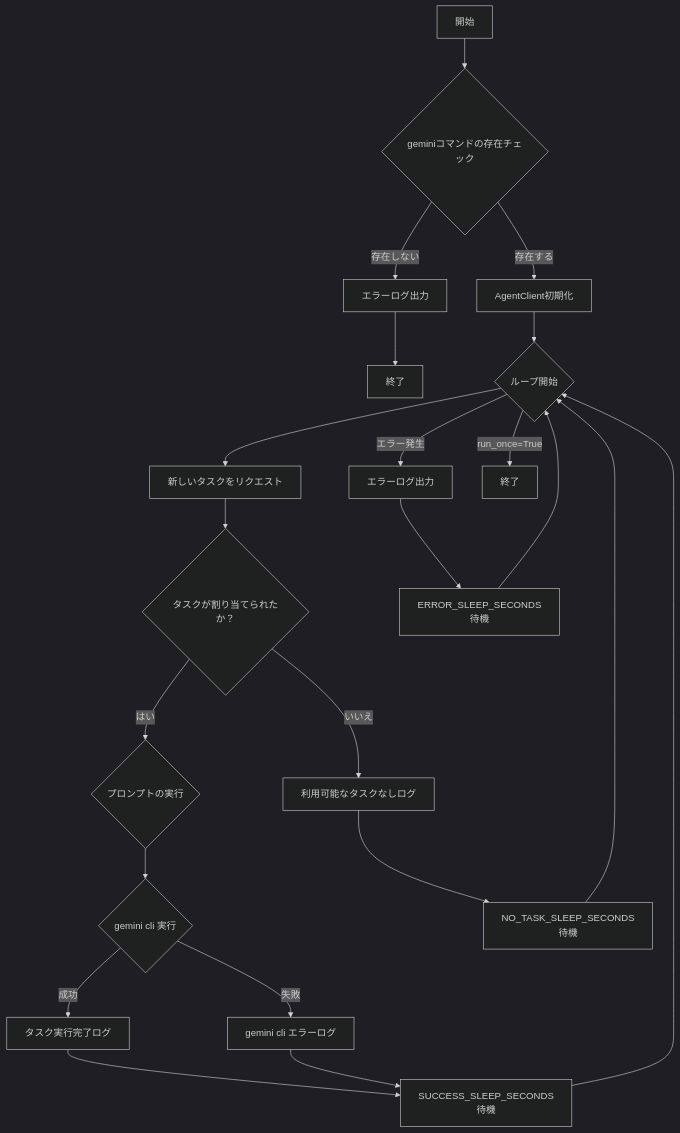
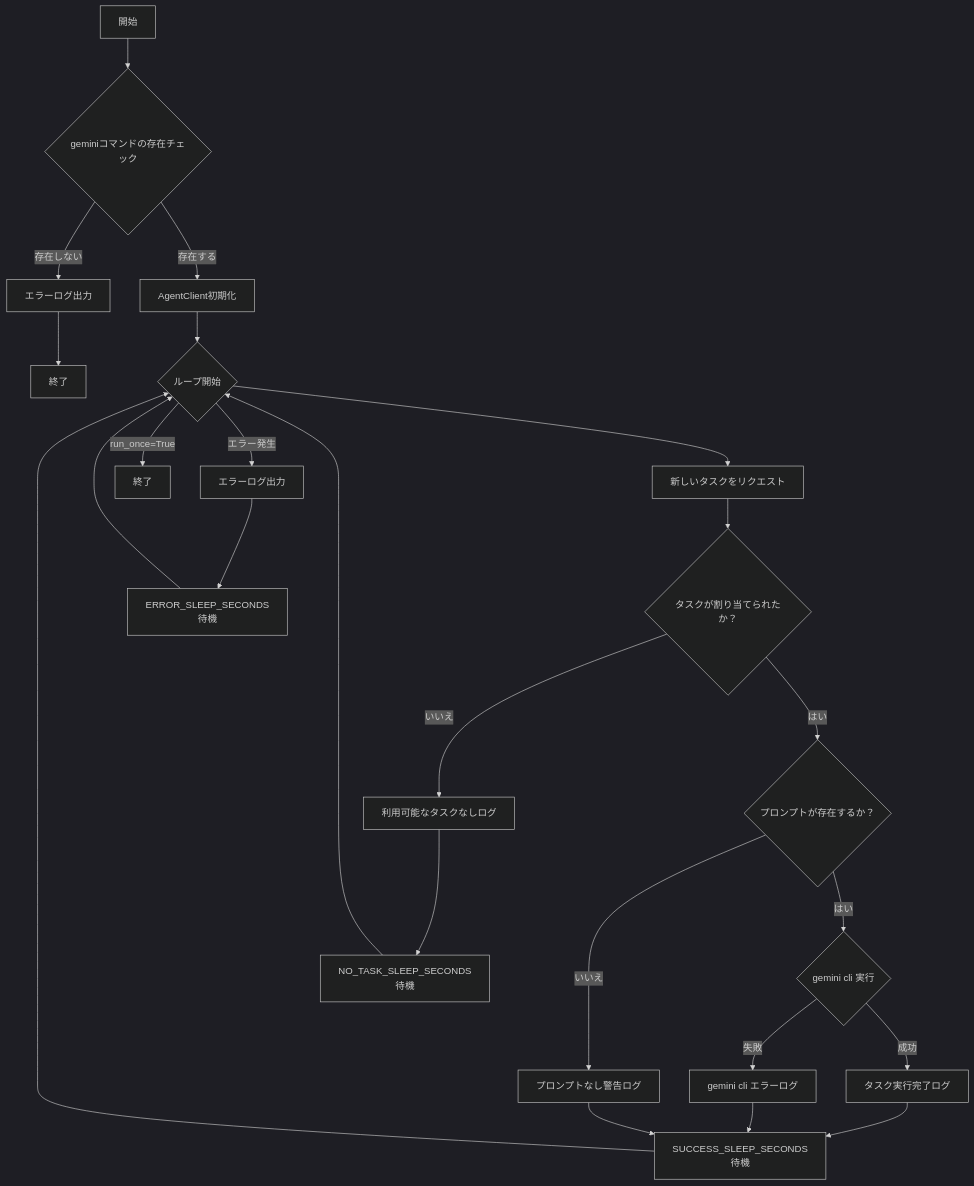
Before and after one commit to masa-codehub/github_broker: the diagram in README.md, drawn with Mermaid (dark theme). The commit also changed other lines of this file, not shown here.

Commit message:
docs: READMEのフローチャートと説明をレビューコメントに基づき修正

````diff
--- a/README.md
+++ b/README.md
@@ -92,24 +92,26 @@
 ```mermaid
 graph TD
     A[開始] --> B{geminiコマンドの存在チェック};
     B -- 存在しない --> C[エラーログ出力];
     C --> D[終了];
     B -- 存在する --> E[AgentClient初期化];
     E --> F{ループ開始};
     F --> G[新しいタスクをリクエスト];
     G --> H{タスクが割り当てられたか？};
-    H -- はい --> I{プロンプトの実行};
-    I --> J{gemini cli 実行};
+    H -- はい --> I{プロンプトが存在するか？};
+    I -- はい --> J{gemini cli 実行};
     J -- 成功 --> K[タスク実行完了ログ];
     K --> L[SUCCESS_SLEEP_SECONDS待機];
     L --> F;
     J -- 失敗 --> M[gemini cli エラーログ];
     M --> L;
+    I -- いいえ --> S[プロンプトなし警告ログ];
+    S --> L;
     H -- いいえ --> N[利用可能なタスクなしログ];
     N --> O[NO_TASK_SLEEP_SECONDS待機];
     O --> F;
     F -- エラー発生 --> P[エラーログ出力];
     P --> Q[ERROR_SLEEP_SECONDS待機];
     Q --> F;
     F -- run_once=True --> R[終了];
 ```
````
